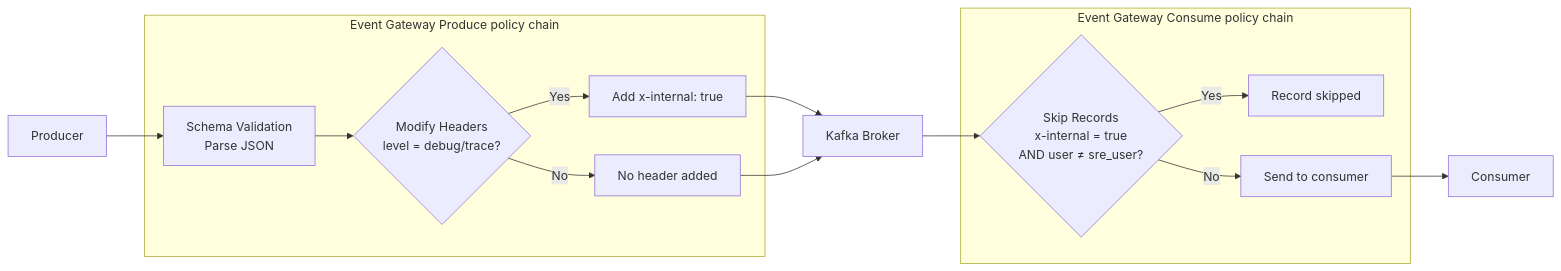
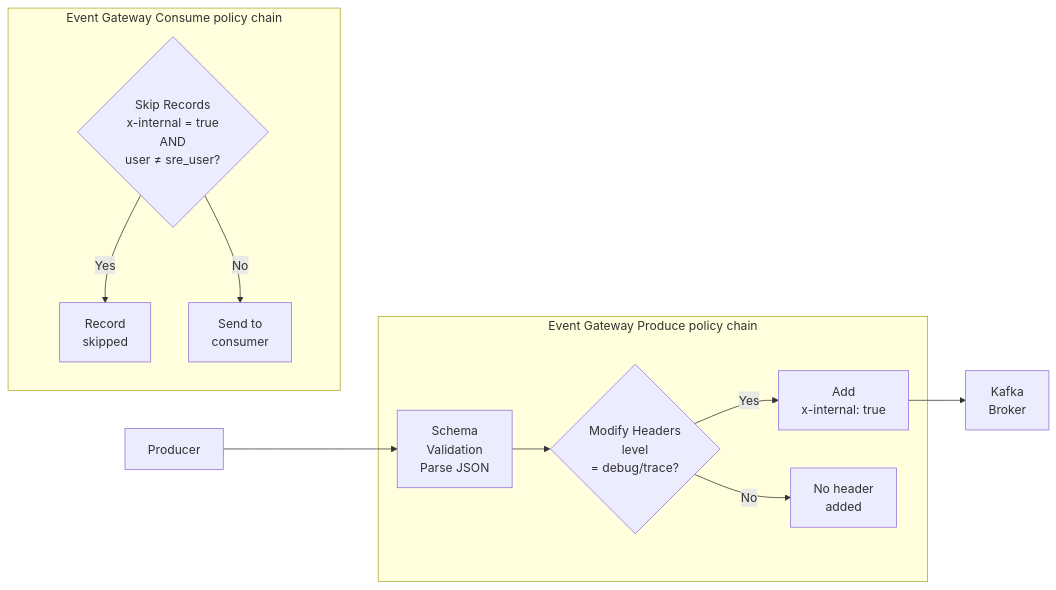
One commit to Kong/developer.konghq.com changed the diagram in app/_how-tos/event-gateway/filter-records-by-classification.md. Above: the diagram before and after it, drawn with Mermaid. The commit also changed other lines of this file, not shown here.

Commit message:
Apply suggestions from code review

```diff
--- a/app/_how-tos/event-gateway/filter-records-by-classification.md
+++ b/app/_how-tos/event-gateway/filter-records-by-classification.md
@@ -72,21 +74,18 @@
 {% mermaid %}
 flowchart LR
     P[Producer] --> SV
 
     subgraph produce [Event Gateway Produce policy chain]
-        SV[Schema Validation<br/>Parse JSON] --> MH{Modify Headers<br/>level = debug/trace?}
-        MH -->|Yes| H1[Add x-internal: true]
-        MH -->|No| H2[No header added]
+        SV[Schema <br>Validation<br/>Parse JSON] --> MH{Modify Headers<br/>level <br>= debug/trace?}
+        MH -->|Yes| H1[Add <br>x-internal: true]
+        MH -->|No| H2[No header <br>added]
     end
 
     subgraph consume [Event Gateway Consume policy chain]
-        SR{Skip Records<br/>x-internal = true<br/>AND user ≠ sre_user?}
-        SR -->|Yes| DROP[Record skipped]
-        SR -->|No| C[Send to consumer]
+        SR{Skip Records<br/>x-internal = true<br/>AND<br> user ≠ sre_user?}
+        SR -->|Yes| DROP[Record <br>skipped]
+        SR -->|No| C[Send to <br>consumer]
     end
 
-    H1 --> K[Kafka Broker]
-    H2 --> K
-    K --> SR
-    C --> CO[Consumer]
+    H1 --> K[Kafka <br>Broker]
 {% endmermaid %}
```
